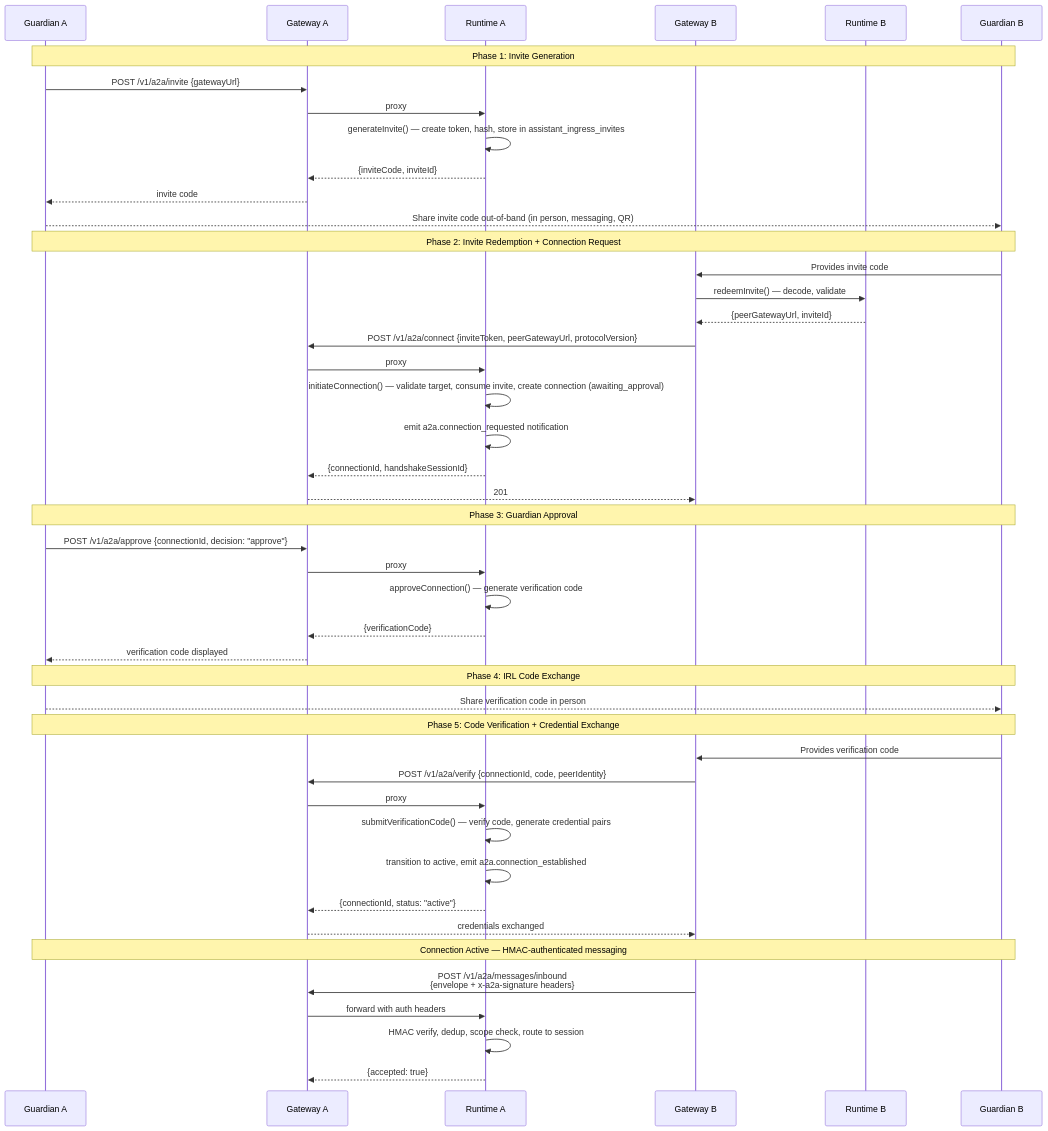
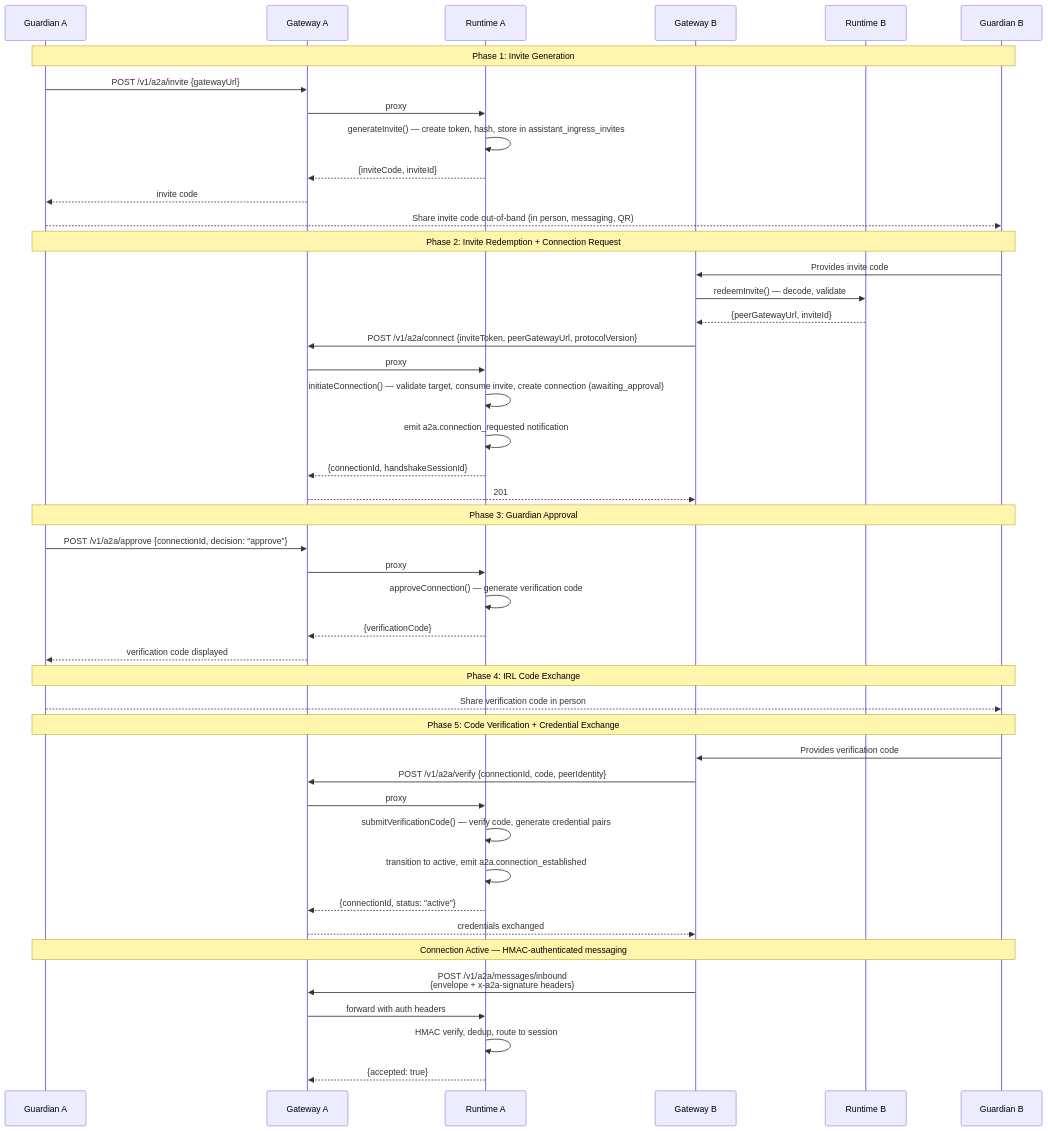
One commit to vellum-ai/vellum-assistant changed the second of 6 diagrams in assistant/docs/architecture/a2a-architecture.md. Above: the diagram before and after it, drawn with Mermaid. The commit also changed other lines of this file and 17 other files, not shown here.

````diff
--- a/assistant/docs/architecture/a2a-architecture.md
+++ b/assistant/docs/architecture/a2a-architecture.md
@@ -66,53 +65,53 @@
 ```mermaid
 sequenceDiagram
     participant GA as Guardian A
     participant GWA as Gateway A
     participant RTA as Runtime A
     participant GWB as Gateway B
     participant RTB as Runtime B
     participant GB as Guardian B
 
     Note over GA,GB: Phase 1: Invite Generation
     GA->>GWA: POST /v1/a2a/invite {gatewayUrl}
     GWA->>RTA: proxy
     RTA->>RTA: generateInvite() — create token, hash, store in assistant_ingress_invites
     RTA-->>GWA: {inviteCode, inviteId}
     GWA-->>GA: invite code
     GA-->>GB: Share invite code out-of-band (in person, messaging, QR)
 
     Note over GA,GB: Phase 2: Invite Redemption + Connection Request
     GB->>GWB: Provides invite code
     GWB->>RTB: redeemInvite() — decode, validate
     RTB-->>GWB: {peerGatewayUrl, inviteId}
     GWB->>GWA: POST /v1/a2a/connect {inviteToken, peerGatewayUrl, protocolVersion}
     GWA->>RTA: proxy
     RTA->>RTA: initiateConnection() — validate target, consume invite, create connection (awaiting_approval)
     RTA->>RTA: emit a2a.connection_requested notification
     RTA-->>GWA: {connectionId, handshakeSessionId}
     GWA-->>GWB: 201
 
     Note over GA,GB: Phase 3: Guardian Approval
     GA->>GWA: POST /v1/a2a/approve {connectionId, decision: "approve"}
     GWA->>RTA: proxy
     RTA->>RTA: approveConnection() — generate verification code
     RTA-->>GWA: {verificationCode}
     GWA-->>GA: verification code displayed
 
     Note over GA,GB: Phase 4: IRL Code Exchange
     GA-->>GB: Share verification code in person
 
     Note over GA,GB: Phase 5: Code Verification + Credential Exchange
     GB->>GWB: Provides verification code
     GWB->>GWA: POST /v1/a2a/verify {connectionId, code, peerIdentity}
     GWA->>RTA: proxy
     RTA->>RTA: submitVerificationCode() — verify code, generate credential pairs
     RTA->>RTA: transition to active, emit a2a.connection_established
     RTA-->>GWA: {connectionId, status: "active"}
     GWA-->>GWB: credentials exchanged
 
     Note over GA,GB: Connection Active — HMAC-authenticated messaging
     GWB->>GWA: POST /v1/a2a/messages/inbound<br/>{envelope + x-a2a-signature headers}
     GWA->>RTA: forward with auth headers
-    RTA->>RTA: HMAC verify, dedup, scope check, route to session
+    RTA->>RTA: HMAC verify, dedup, route to session
     RTA-->>GWA: {accepted: true}
 ```
````
